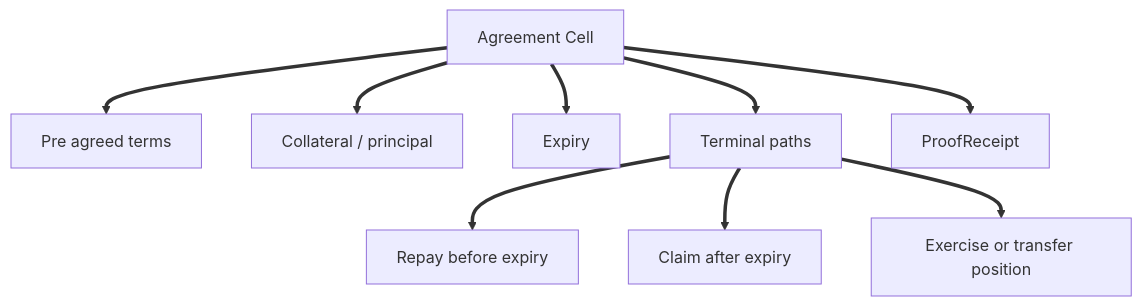
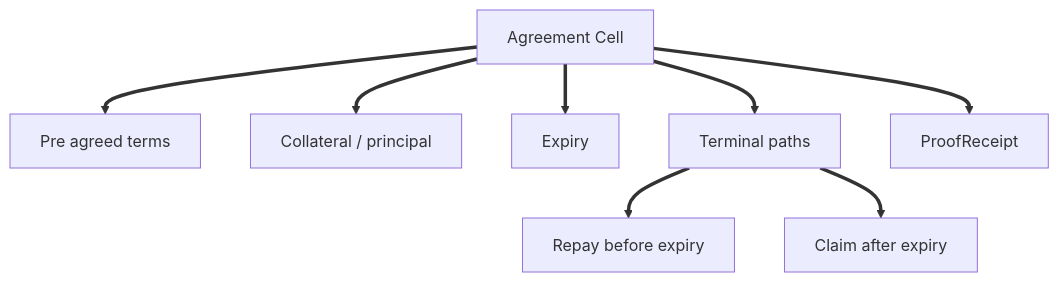
Before and after one commit to CellScript-Labs/CellScript: the fourth of 5 diagrams in proposals/novaseal/v0-mvp-skeleton/NOVASEAL_ARCHITECTURE_EXPLAINED.md, drawn with Mermaid. The commit also changed other lines of this file and 20 other files, not shown here.

````diff
--- a/proposals/novaseal/v0-mvp-skeleton/NOVASEAL_ARCHITECTURE_EXPLAINED.md
+++ b/proposals/novaseal/v0-mvp-skeleton/NOVASEAL_ARCHITECTURE_EXPLAINED.md
@@ -151,12 +148,11 @@
 ```mermaid
 flowchart TD
     A[Agreement Cell] ==> B[Pre agreed terms]
     A ==> C[Collateral / principal]
     A ==> D[Expiry]
     A ==> E[Terminal paths]
     A ==> F[ProofReceipt]
 
     E ==> G[Repay before expiry]
     E ==> H[Claim after expiry]
-    E ==> I[Exercise or transfer position]
 ```
````
